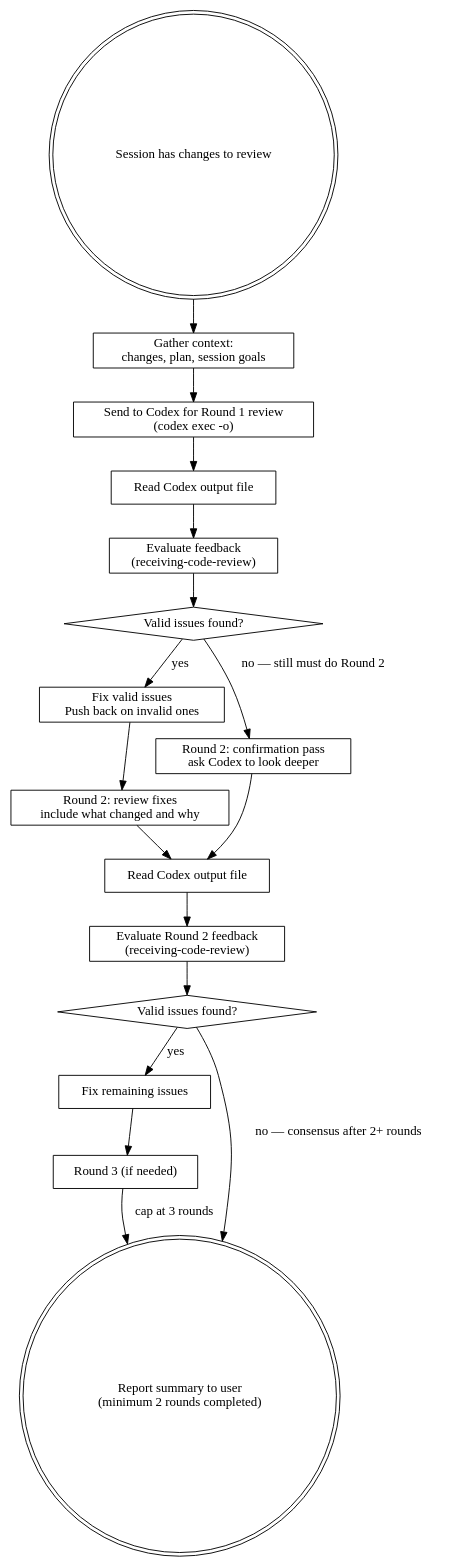
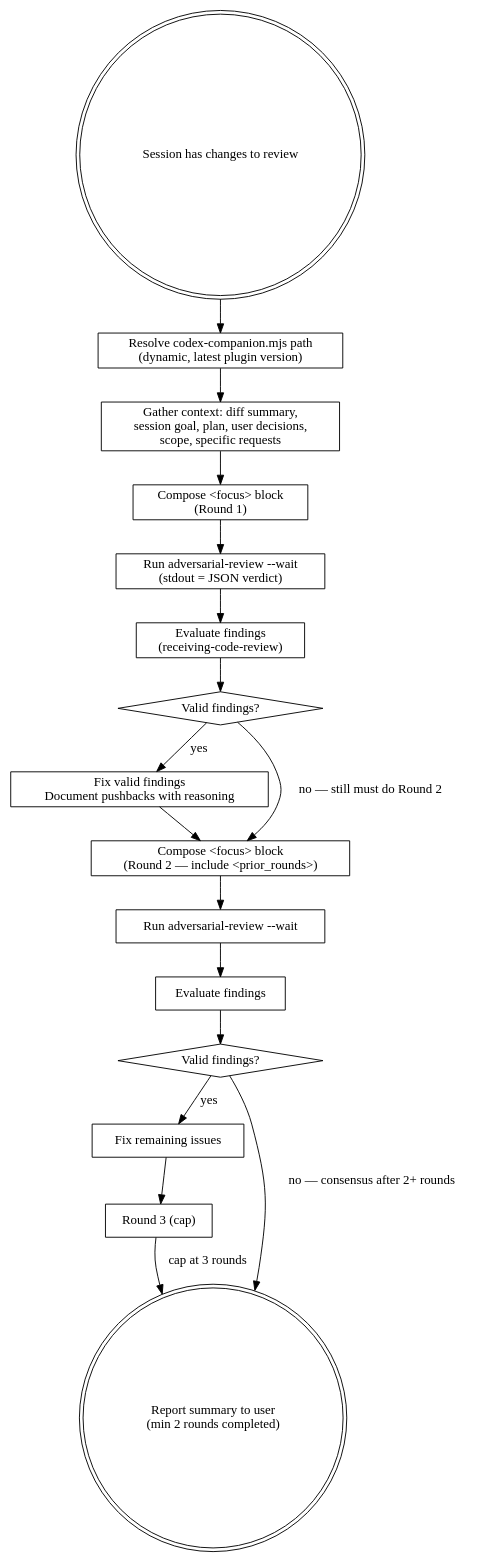
One commit to razorblade3975/claude-skills changed the diagram in codex-reviewer/SKILL.md. Above: the diagram before and after it, drawn with Graphviz. The commit also changed other lines of this file and 1 other file, not shown here.

First line of the commit message:
update: migrate codex-reviewer and codex-debugger to Codex CC plugin

````diff
--- a/codex-reviewer/SKILL.md
+++ b/codex-reviewer/SKILL.md
@@ -25,38 +39,38 @@
 ```dot
 digraph codex_review {
     rankdir=TB;
 
     start [label="Session has changes to review" shape=doublecircle];
-    gather [label="Gather context:\nchanges, plan, session goals" shape=box];
-    round1 [label="Send to Codex for Round 1 review\n(codex exec -o)" shape=box];
-    read1 [label="Read Codex output file" shape=box];
-    receive1 [label="Evaluate feedback\n(receiving-code-review)" shape=box];
-    has_valid [label="Valid issues found?" shape=diamond];
-    fix [label="Fix valid issues\nPush back on invalid ones" shape=box];
-    round2_fixes [label="Round 2: review fixes\ninclude what changed and why" shape=box];
-    round2_confirm [label="Round 2: confirmation pass\nask Codex to look deeper" shape=box];
-    read2 [label="Read Codex output file" shape=box];
-    receive2 [label="Evaluate Round 2 feedback\n(receiving-code-review)" shape=box];
-    has_valid2 [label="Valid issues found?" shape=diamond];
+    resolve [label="Resolve codex-companion.mjs path\n(dynamic, latest plugin version)" shape=box];
+    gather [label="Gather context: diff summary,\nsession goal, plan, user decisions,\nscope, specific requests" shape=box];
+    compose1 [label="Compose <focus> block\n(Round 1)" shape=box];
+    call1 [label="Run adversarial-review --wait\n(stdout = JSON verdict)" shape=box];
+    eval1 [label="Evaluate findings\n(receiving-code-review)" shape=box];
+    has_valid [label="Valid findings?" shape=diamond];
+    fix [label="Fix valid findings\nDocument pushbacks with reasoning" shape=box];
+    compose2 [label="Compose <focus> block\n(Round 2 — include <prior_rounds>)" shape=box];
+    call2 [label="Run adversarial-review --wait" shape=box];
+    eval2 [label="Evaluate findings" shape=box];
+    has_valid2 [label="Valid findings?" shape=diamond];
     fix2 [label="Fix remaining issues" shape=box];
-    round3 [label="Round 3 (if needed)" shape=box];
-    report [label="Report summary to user\n(minimum 2 rounds completed)" shape=doublecircle];
+    round3 [label="Round 3 (cap)" shape=box];
+    report [label="Report summary to user\n(min 2 rounds completed)" shape=doublecircle];
 
-    start -> gather;
-    gather -> round1;
-    round1 -> read1;
-    read1 -> receive1;
-    receive1 -> has_valid;
+    start -> resolve;
+    resolve -> gather;
+    gather -> compose1;
+    compose1 -> call1;
+    call1 -> eval1;
+    eval1 -> has_valid;
     has_valid -> fix [label="yes"];
-    has_valid -> round2_confirm [label="no — still must do Round 2"];
-    fix -> round2_fixes;
-    round2_fixes -> read2;
-    round2_confirm -> read2;
-    read2 -> receive2;
-    receive2 -> has_valid2;
+    has_valid -> compose2 [label="no — still must do Round 2"];
+    fix -> compose2;
+    compose2 -> call2;
+    call2 -> eval2;
+    eval2 -> has_valid2;
     has_valid2 -> report [label="no — consensus after 2+ rounds"];
     has_valid2 -> fix2 [label="yes"];
     fix2 -> round3;
     round3 -> report [label="cap at 3 rounds"];
 }
 ```
````
